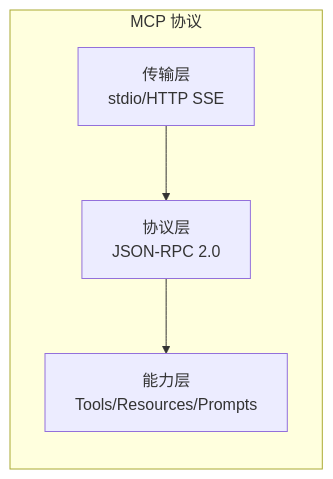
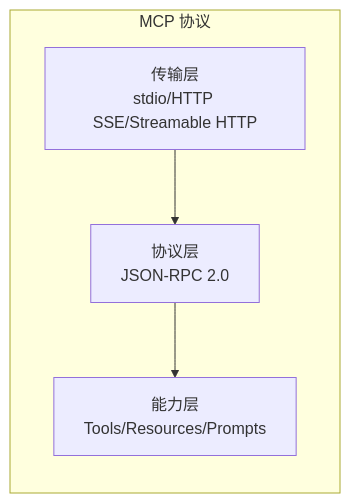
One commit to hanwei808/ai-product-production-guide changed diagram 13 of 27 in 开发计划/服务设计/06-dify-service-design.md. Above: the diagram before and after it, drawn with Mermaid. The commit also changed other lines of this file and 6 other files, not shown here.

````diff
--- a/开发计划/服务设计/06-dify-service-design.md
+++ b/开发计划/服务设计/06-dify-service-design.md
@@ -478,11 +492,11 @@
 ```mermaid
 graph LR
     subgraph MCP 协议
-        Transport[传输层<br/>stdio/HTTP SSE]
+        Transport[传输层<br/>stdio/HTTP SSE/Streamable HTTP]
         Protocol[协议层<br/>JSON-RPC 2.0]
         Capability[能力层<br/>Tools/Resources/Prompts]
     end
 
     Transport --> Protocol
     Protocol --> Capability
 ```
````
